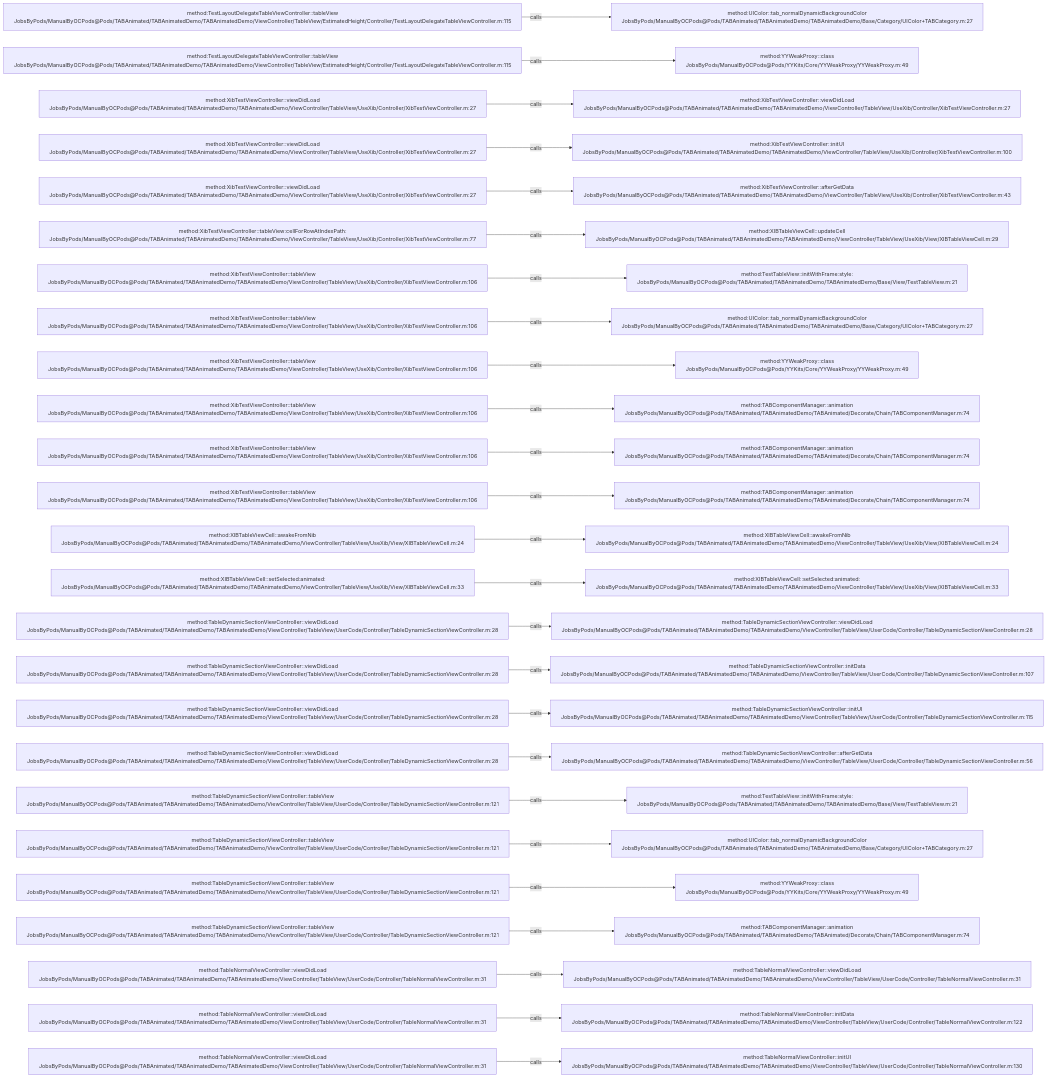
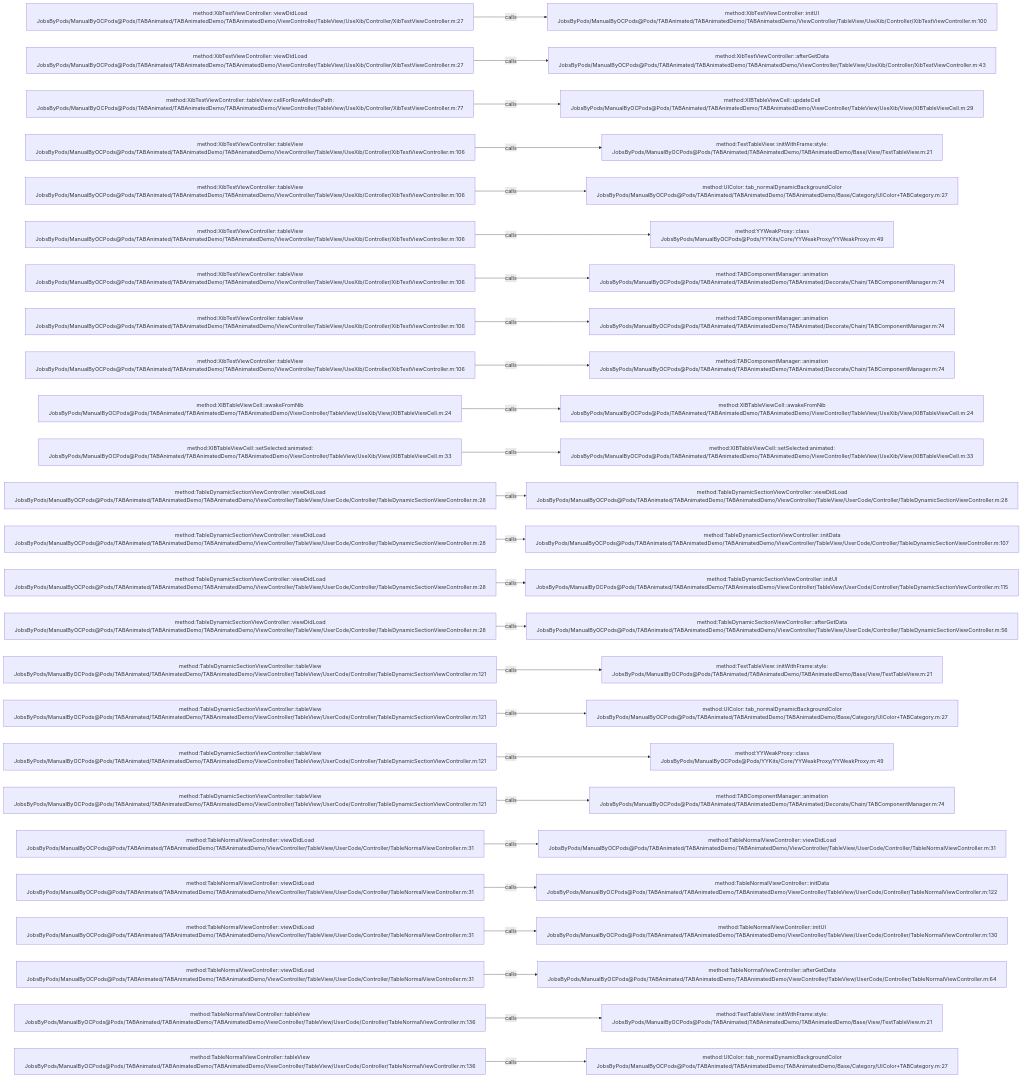
The diagram in .codegraph/codegraph.md/graphs/calls-066.md (JobsKits/JobsOCBaseConfigDemo), drawn with Mermaid before and after one commit. The commit also changed 342 other files, not shown here.

````diff
--- a/.codegraph/codegraph.md/graphs/calls-066.md
+++ b/.codegraph/codegraph.md/graphs/calls-066.md
@@ -13,78 +13,78 @@
 ```mermaid
 flowchart LR
-  S1["method:TestLayoutDelegateTableViewController::tableView<br/>JobsByPods/ManualByOCPods@Pods/TABAnimated/TABAnimatedDemo/TABAnimatedDemo/ViewController/TableView/EstimatedHeight/Controller/TestLayoutDelegateTableViewController.m:115"]
-  T1["method:UIColor::tab_normalDynamicBackgroundColor<br/>JobsByPods/ManualByOCPods@Pods/TABAnimated/TABAnimatedDemo/TABAnimatedDemo/Base/Category/UIColor+TABCategory.m:27"]
+  S1["method:XibTestViewController::viewDidLoad<br/>JobsByPods/ManualByOCPods@Pods/TABAnimated/TABAnimatedDemo/TABAnimatedDemo/ViewController/TableView/UseXib/Controller/XibTestViewController.m:27"]
+  T1["method:XibTestViewController::initUI<br/>JobsByPods/ManualByOCPods@Pods/TABAnimated/TABAnimatedDemo/TABAnimatedDemo/ViewController/TableView/UseXib/Controller/XibTestViewController.m:100"]
   S1 -->|calls| T1
-  S2["method:TestLayoutDelegateTableViewController::tableView<br/>JobsByPods/ManualByOCPods@Pods/TABAnimated/TABAnimatedDemo/TABAnimatedDemo/ViewController/TableView/EstimatedHeight/Controller/TestLayoutDelegateTableViewController.m:115"]
-  T2["method:YYWeakProxy::class<br/>JobsByPods/ManualByOCPods@Pods/YYKits/Core/YYWeakProxy/YYWeakProxy.m:49"]
+  S2["method:XibTestViewController::viewDidLoad<br/>JobsByPods/ManualByOCPods@Pods/TABAnimated/TABAnimatedDemo/TABAnimatedDemo/ViewController/TableView/UseXib/Controller/XibTestViewController.m:27"]
+  T2["method:XibTestViewController::afterGetData<br/>JobsByPods/ManualByOCPods@Pods/TABAnimated/TABAnimatedDemo/TABAnimatedDemo/ViewController/TableView/UseXib/Controller/XibTestViewController.m:43"]
   S2 -->|calls| T2
-  S3["method:XibTestViewController::viewDidLoad<br/>JobsByPods/ManualByOCPods@Pods/TABAnimated/TABAnimatedDemo/TABAnimatedDemo/ViewController/TableView/UseXib/Controller/XibTestViewController.m:27"]
-  T3["method:XibTestViewController::viewDidLoad<br/>JobsByPods/ManualByOCPods@Pods/TABAnimated/TABAnimatedDemo/TABAnimatedDemo/ViewController/TableView/UseXib/Controller/XibTestViewController.m:27"]
+  S3["method:XibTestViewController::tableView:cellForRowAtIndexPath:<br/>JobsByPods/ManualByOCPods@Pods/TABAnimated/TABAnimatedDemo/TABAnimatedDemo/ViewController/TableView/UseXib/Controller/XibTestViewController.m:77"]
+  T3["method:XIBTableViewCell::updateCell<br/>JobsByPods/ManualByOCPods@Pods/TABAnimated/TABAnimatedDemo/TABAnimatedDemo/ViewController/TableView/UseXib/View/XIBTableViewCell.m:29"]
   S3 -->|calls| T3
-  S4["method:XibTestViewController::viewDidLoad<br/>JobsByPods/ManualByOCPods@Pods/TABAnimated/TABAnimatedDemo/TABAnimatedDemo/ViewController/TableView/UseXib/Controller/XibTestViewController.m:27"]
-  T4["method:XibTestViewController::initUI<br/>JobsByPods/ManualByOCPods@Pods/TABAnimated/TABAnimatedDemo/TABAnimatedDemo/ViewController/TableView/UseXib/Controller/XibTestViewController.m:100"]
+  S4["method:XibTestViewController::tableView<br/>JobsByPods/ManualByOCPods@Pods/TABAnimated/TABAnimatedDemo/TABAnimatedDemo/ViewController/TableView/UseXib/Controller/XibTestViewController.m:106"]
+  T4["method:TestTableView::initWithFrame:style:<br/>JobsByPods/ManualByOCPods@Pods/TABAnimated/TABAnimatedDemo/TABAnimatedDemo/Base/View/TestTableView.m:21"]
   S4 -->|calls| T4
-  S5["method:XibTestViewController::viewDidLoad<br/>JobsByPods/ManualByOCPods@Pods/TABAnimated/TABAnimatedDemo/TABAnimatedDemo/ViewController/TableView/UseXib/Controller/XibTestViewController.m:27"]
-  T5["method:XibTestViewController::afterGetData<br/>JobsByPods/ManualByOCPods@Pods/TABAnimated/TABAnimatedDemo/TABAnimatedDemo/ViewController/TableView/UseXib/Controller/XibTestViewController.m:43"]
+  S5["method:XibTestViewController::tableView<br/>JobsByPods/ManualByOCPods@Pods/TABAnimated/TABAnimatedDemo/TABAnimatedDemo/ViewController/TableView/UseXib/Controller/XibTestViewController.m:106"]
+  T5["method:UIColor::tab_normalDynamicBackgroundColor<br/>JobsByPods/ManualByOCPods@Pods/TABAnimated/TABAnimatedDemo/TABAnimatedDemo/Base/Category/UIColor+TABCategory.m:27"]
   S5 -->|calls| T5
-  S6["method:XibTestViewController::tableView:cellForRowAtIndexPath:<br/>JobsByPods/ManualByOCPods@Pods/TABAnimated/TABAnimatedDemo/TABAnimatedDemo/ViewController/TableView/UseXib/Controller/XibTestViewController.m:77"]
-  T6["method:XIBTableViewCell::updateCell<br/>JobsByPods/ManualByOCPods@Pods/TABAnimated/TABAnimatedDemo/TABAnimatedDemo/ViewController/TableView/UseXib/View/XIBTableViewCell.m:29"]
+  S6["method:XibTestViewController::tableView<br/>JobsByPods/ManualByOCPods@Pods/TABAnimated/TABAnimatedDemo/TABAnimatedDemo/ViewController/TableView/UseXib/Controller/XibTestViewController.m:106"]
+  T6["method:YYWeakProxy::class<br/>JobsByPods/ManualByOCPods@Pods/YYKits/Core/YYWeakProxy/YYWeakProxy.m:49"]
   S6 -->|calls| T6
   S7["method:XibTestViewController::tableView<br/>JobsByPods/ManualByOCPods@Pods/TABAnimated/TABAnimatedDemo/TABAnimatedDemo/ViewController/TableView/UseXib/Controller/XibTestViewController.m:106"]
-  T7["method:TestTableView::initWithFrame:style:<br/>JobsByPods/ManualByOCPods@Pods/TABAnimated/TABAnimatedDemo/TABAnimatedDemo/Base/View/TestTableView.m:21"]
+  T7["method:TABComponentManager::animation<br/>JobsByPods/ManualByOCPods@Pods/TABAnimated/TABAnimatedDemo/TABAnimated/Decorate/Chain/TABComponentManager.m:74"]
   S7 -->|calls| T7
   S8["method:XibTestViewController::tableView<br/>JobsByPods/ManualByOCPods@Pods/TABAnimated/TABAnimatedDemo/TABAnimatedDemo/ViewController/TableView/UseXib/Controller/XibTestViewController.m:106"]
-  T8["method:UIColor::tab_normalDynamicBackgroundColor<br/>JobsByPods/ManualByOCPods@Pods/TABAnimated/TABAnimatedDemo/TABAnimatedDemo/Base/Category/UIColor+TABCategory.m:27"]
+  T8["method:TABComponentManager::animation<br/>JobsByPods/ManualByOCPods@Pods/TABAnimated/TABAnimatedDemo/TABAnimated/Decorate/Chain/TABComponentManager.m:74"]
   S8 -->|calls| T8
   S9["method:XibTestViewController::tableView<br/>JobsByPods/ManualByOCPods@Pods/TABAnimated/TABAnimatedDemo/TABAnimatedDemo/ViewController/TableView/UseXib/Controller/XibTestViewController.m:106"]
-  T9["method:YYWeakProxy::class<br/>JobsByPods/ManualByOCPods@Pods/YYKits/Core/YYWeakProxy/YYWeakProxy.m:49"]
+  T9["method:TABComponentManager::animation<br/>JobsByPods/ManualByOCPods@Pods/TABAnimated/TABAnimatedDemo/TABAnimated/Decorate/Chain/TABComponentManager.m:74"]
   S9 -->|calls| T9
-  S10["method:XibTestViewController::tableView<br/>JobsByPods/ManualByOCPods@Pods/TABAnimated/TABAnimatedDemo/TABAnimatedDemo/ViewController/TableView/UseXib/Controller/XibTestViewController.m:106"]
-  T10["method:TABComponentManager::animation<br/>JobsByPods/ManualByOCPods@Pods/TABAnimated/TABAnimatedDemo/TABAnimated/Decorate/Chain/TABComponentManager.m:74"]
+  S10["method:XIBTableViewCell::awakeFromNib<br/>JobsByPods/ManualByOCPods@Pods/TABAnimated/TABAnimatedDemo/TABAnimatedDemo/ViewController/TableView/UseXib/View/XIBTableViewCell.m:24"]
+  T10["method:XIBTableViewCell::awakeFromNib<br/>JobsByPods/ManualByOCPods@Pods/TABAnimated/TABAnimatedDemo/TABAnimatedDemo/ViewController/TableView/UseXib/View/XIBTableViewCell.m:24"]
   S10 -->|calls| T10
-  S11["method:XibTestViewController::tableView<br/>JobsByPods/ManualByOCPods@Pods/TABAnimated/TABAnimatedDemo/TABAnimatedDemo/ViewController/TableView/UseXib/Controller/XibTestViewController.m:106"]
-  T11["method:TABComponentManager::animation<br/>JobsByPods/ManualByOCPods@Pods/TABAnimated/TABAnimatedDemo/TABAnimated/Decorate/Chain/TABComponentManager.m:74"]
+  S11["method:XIBTableViewCell::setSelected:animated:<br/>JobsByPods/ManualByOCPods@Pods/TABAnimated/TABAnimatedDemo/TABAnimatedDemo/ViewController/TableView/UseXib/View/XIBTableViewCell.m:33"]
+  T11["method:XIBTableViewCell::setSelected:animated:<br/>JobsByPods/ManualByOCPods@Pods/TABAnimated/TABAnimatedDemo/TABAnimatedDemo/ViewController/TableView/UseXib/View/XIBTableViewCell.m:33"]
   S11 -->|calls| T11
-  S12["method:XibTestViewController::tableView<br/>JobsByPods/ManualByOCPods@Pods/TABAnimated/TABAnimatedDemo/TABAnimatedDemo/ViewController/TableView/UseXib/Controller/XibTestViewController.m:106"]
-  T12["method:TABComponentManager::animation<br/>JobsByPods/ManualByOCPods@Pods/TABAnimated/TABAnimatedDemo/TABAnimated/Decorate/Chain/TABComponentManager.m:74"]
+  S12["method:TableDynamicSectionViewController::viewDidLoad<br/>JobsByPods/ManualByOCPods@Pods/TABAnimated/TABAnimatedDemo/TABAnimatedDemo/ViewController/TableView/UserCode/Controller/TableDynamicSectionViewController.m:28"]
+  T12["method:TableDynamicSectionViewController::viewDidLoad<br/>JobsByPods/ManualByOCPods@Pods/TABAnimated/TABAnimatedDemo/TABAnimatedDemo/ViewController/TableView/UserCode/Controller/TableDynamicSectionViewController.m:28"]
   S12 -->|calls| T12
-  S13["method:XIBTableViewCell::awakeFromNib<br/>JobsByPods/ManualByOCPods@Pods/TABAnimated/TABAnimatedDemo/TABAnimatedDemo/ViewController/TableView/UseXib/View/XIBTableViewCell.m:24"]
-  T13["method:XIBTableViewCell::awakeFromNib<br/>JobsByPods/ManualByOCPods@Pods/TABAnimated/TABAnimatedDemo/TABAnimatedDemo/ViewController/TableView/UseXib/View/XIBTableViewCell.m:24"]
+  S13["method:TableDynamicSectionViewController::viewDidLoad<br/>JobsByPods/ManualByOCPods@Pods/TABAnimated/TABAnimatedDemo/TABAnimatedDemo/ViewController/TableView/UserCode/Controller/TableDynamicSectionViewController.m:28"]
+  T13["method:TableDynamicSectionViewController::initData<br/>JobsByPods/ManualByOCPods@Pods/TABAnimated/TABAnimatedDemo/TABAnimatedDemo/ViewController/TableView/UserCode/Controller/TableDynamicSectionViewController.m:107"]
   S13 -->|calls| T13
-  S14["method:XIBTableViewCell::setSelected:animated:<br/>JobsByPods/ManualByOCPods@Pods/TABAnimated/TABAnimatedDemo/TABAnimatedDemo/ViewController/TableView/UseXib/View/XIBTableViewCell.m:33"]
-  T14["method:XIBTableViewCell::setSelected:animated:<br/>JobsByPods/ManualByOCPods@Pods/TABAnimated/TABAnimatedDemo/TABAnimatedDemo/ViewController/TableView/UseXib/View/XIBTableViewCell.m:33"]
+  S14["method:TableDynamicSectionViewController::viewDidLoad<br/>JobsByPods/ManualByOCPods@Pods/TABAnimated/TABAnimatedDemo/TABAnimatedDemo/ViewController/TableView/UserCode/Controller/TableDynamicSectionViewController.m:28"]
+  T14["method:TableDynamicSectionViewController::initUI<br/>JobsByPods/ManualByOCPods@Pods/TABAnimated/TABAnimatedDemo/TABAnimatedDemo/ViewController/TableView/UserCode/Controller/TableDynamicSectionViewController.m:115"]
   S14 -->|calls| T14
   S15["method:TableDynamicSectionViewController::viewDidLoad<br/>JobsByPods/ManualByOCPods@Pods/TABAnimated/TABAnimatedDemo/TABAnimatedDemo/ViewController/TableView/UserCode/Controller/TableDynamicSectionViewController.m:28"]
-  T15["method:TableDynamicSectionViewController::viewDidLoad<br/>JobsByPods/ManualByOCPods@Pods/TABAnimated/TABAnimatedDemo/TABAnimatedDemo/ViewController/TableView/UserCode/Controller/TableDynamicSectionViewController.m:28"]
+  T15["method:TableDynamicSectionViewController::afterGetData<br/>JobsByPods/ManualByOCPods@Pods/TABAnimated/TABAnimatedDemo/TABAnimatedDemo/ViewController/TableView/UserCode/Controller/TableDynamicSectionViewController.m:56"]
   S15 -->|calls| T15
-  S16["method:TableDynamicSectionViewController::viewDidLoad<br/>JobsByPods/ManualByOCPods@Pods/TABAnimated/TABAnimatedDemo/TABAnimatedDemo/ViewController/TableView/UserCode/Controller/TableDynamicSectionViewController.m:28"]
-  T16["method:TableDynamicSectionViewController::initData<br/>JobsByPods/ManualByOCPods@Pods/TABAnimated/TABAnimatedDemo/TABAnimatedDemo/ViewController/TableView/UserCode/Controller/TableDynamicSectionViewController.m:107"]
+  S16["method:TableDynamicSectionViewController::tableView<br/>JobsByPods/ManualByOCPods@Pods/TABAnimated/TABAnimatedDemo/TABAnimatedDemo/ViewController/TableView/UserCode/Controller/TableDynamicSectionViewController.m:121"]
+  T16["method:TestTableView::initWithFrame:style:<br/>JobsByPods/ManualByOCPods@Pods/TABAnimated/TABAnimatedDemo/TABAnimatedDemo/Base/View/TestTableView.m:21"]
   S16 -->|calls| T16
-  S17["method:TableDynamicSectionViewController::viewDidLoad<br/>JobsByPods/ManualByOCPods@Pods/TABAnimated/TABAnimatedDemo/TABAnimatedDemo/ViewController/TableView/UserCode/Controller/TableDynamicSectionViewController.m:28"]
-  T17["method:TableDynamicSectionViewController::initUI<br/>JobsByPods/ManualByOCPods@Pods/TABAnimated/TABAnimatedDemo/TABAnimatedDemo/ViewController/TableView/UserCode/Controller/TableDynamicSectionViewController.m:115"]
+  S17["method:TableDynamicSectionViewController::tableView<br/>JobsByPods/ManualByOCPods@Pods/TABAnimated/TABAnimatedDemo/TABAnimatedDemo/ViewController/TableView/UserCode/Controller/TableDynamicSectionViewController.m:121"]
+  T17["method:UIColor::tab_normalDynamicBackgroundColor<br/>JobsByPods/ManualByOCPods@Pods/TABAnimated/TABAnimatedDemo/TABAnimatedDemo/Base/Category/UIColor+TABCategory.m:27"]
   S17 -->|calls| T17
-  S18["method:TableDynamicSectionViewController::viewDidLoad<br/>JobsByPods/ManualByOCPods@Pods/TABAnimated/TABAnimatedDemo/TABAnimatedDemo/ViewController/TableView/UserCode/Controller/TableDynamicSectionViewController.m:28"]
-  T18["method:TableDynamicSectionViewController::afterGetData<br/>JobsByPods/ManualByOCPods@Pods/TABAnimated/TABAnimatedDemo/TABAnimatedDemo/ViewController/TableView/UserCode/Controller/TableDynamicSectionViewController.m:56"]
+  S18["method:TableDynamicSectionViewController::tableView<br/>JobsByPods/ManualByOCPods@Pods/TABAnimated/TABAnimatedDemo/TABAnimatedDemo/ViewController/TableView/UserCode/Controller/TableDynamicSectionViewController.m:121"]
+  T18["method:YYWeakProxy::class<br/>JobsByPods/ManualByOCPods@Pods/YYKits/Core/YYWeakProxy/YYWeakProxy.m:49"]
   S18 -->|calls| T18
   S19["method:TableDynamicSectionViewController::tableView<br/>JobsByPods/ManualByOCPods@Pods/TABAnimated/TABAnimatedDemo/TABAnimatedDemo/ViewController/TableView/UserCode/Controller/TableDynamicSectionViewController.m:121"]
-  T19["method:TestTableView::initWithFrame:style:<br/>JobsByPods/ManualByOCPods@Pods/TABAnimated/TABAnimatedDemo/TABAnimatedDemo/Base/View/TestTableView.m:21"]
+  T19["method:TABComponentManager::animation<br/>JobsByPods/ManualByOCPods@Pods/TABAnimated/TABAnimatedDemo/TABAnimated/Decorate/Chain/TABComponentManager.m:74"]
   S19 -->|calls| T19
-  S20["method:TableDynamicSectionViewController::tableView<br/>JobsByPods/ManualByOCPods@Pods/TABAnimated/TABAnimatedDemo/TABAnimatedDemo/ViewController/TableView/UserCode/Controller/TableDynamicSectionViewController.m:121"]
-  T20["method:UIColor::tab_normalDynamicBackgroundColor<br/>JobsByPods/ManualByOCPods@Pods/TABAnimated/TABAnimatedDemo/TABAnimatedDemo/Base/Category/UIColor+TABCategory.m:27"]
+  S20["method:TableNormalViewController::viewDidLoad<br/>JobsByPods/ManualByOCPods@Pods/TABAnimated/TABAnimatedDemo/TABAnimatedDemo/ViewController/TableView/UserCode/Controller/TableNormalViewController.m:31"]
+  T20["method:TableNormalViewController::viewDidLoad<br/>JobsByPods/ManualByOCPods@Pods/TABAnimated/TABAnimatedDemo/TABAnimatedDemo/ViewController/TableView/UserCode/Controller/TableNormalViewController.m:31"]
   S20 -->|calls| T20
-  S21["method:TableDynamicSectionViewController::tableView<br/>JobsByPods/ManualByOCPods@Pods/TABAnimated/TABAnimatedDemo/TABAnimatedDemo/ViewController/TableView/UserCode/Controller/TableDynamicSectionViewController.m:121"]
-  T21["method:YYWeakProxy::class<br/>JobsByPods/ManualByOCPods@Pods/YYKits/Core/YYWeakProxy/YYWeakProxy.m:49"]
+  S21["method:TableNormalViewController::viewDidLoad<br/>JobsByPods/ManualByOCPods@Pods/TABAnimated/TABAnimatedDemo/TABAnimatedDemo/ViewController/TableView/UserCode/Controller/TableNormalViewController.m:31"]
+  T21["method:TableNormalViewController::initData<br/>JobsByPods/ManualByOCPods@Pods/TABAnimated/TABAnimatedDemo/TABAnimatedDemo/ViewController/TableView/UserCode/Controller/TableNormalViewController.m:122"]
   S21 -->|calls| T21
-  S22["method:TableDynamicSectionViewController::tableView<br/>JobsByPods/ManualByOCPods@Pods/TABAnimated/TABAnimatedDemo/TABAnimatedDemo/ViewController/TableView/UserCode/Controller/TableDynamicSectionViewController.m:121"]
-  T22["method:TABComponentManager::animation<br/>JobsByPods/ManualByOCPods@Pods/TABAnimated/TABAnimatedDemo/TABAnimated/Decorate/Chain/TABComponentManager.m:74"]
+  S22["method:TableNormalViewController::viewDidLoad<br/>JobsByPods/ManualByOCPods@Pods/TABAnimated/TABAnimatedDemo/TABAnimatedDemo/ViewController/TableView/UserCode/Controller/TableNormalViewController.m:31"]
+  T22["method:TableNormalViewController::initUI<br/>JobsByPods/ManualByOCPods@Pods/TABAnimated/TABAnimatedDemo/TABAnimatedDemo/ViewController/TableView/UserCode/Controller/TableNormalViewController.m:130"]
   S22 -->|calls| T22
   S23["method:TableNormalViewController::viewDidLoad<br/>JobsByPods/ManualByOCPods@Pods/TABAnimated/TABAnimatedDemo/TABAnimatedDemo/ViewController/TableView/UserCode/Controller/TableNormalViewController.m:31"]
-  T23["method:TableNormalViewController::viewDidLoad<br/>JobsByPods/ManualByOCPods@Pods/TABAnimated/TABAnimatedDemo/TABAnimatedDemo/ViewController/TableView/UserCode/Controller/TableNormalViewController.m:31"]
+  T23["method:TableNormalViewController::afterGetData<br/>JobsByPods/ManualByOCPods@Pods/TABAnimated/TABAnimatedDemo/TABAnimatedDemo/ViewController/TableView/UserCode/Controller/TableNormalViewController.m:64"]
   S23 -->|calls| T23
-  S24["method:TableNormalViewController::viewDidLoad<br/>JobsByPods/ManualByOCPods@Pods/TABAnimated/TABAnimatedDemo/TABAnimatedDemo/ViewController/TableView/UserCode/Controller/TableNormalViewController.m:31"]
-  T24["method:TableNormalViewController::initData<br/>JobsByPods/ManualByOCPods@Pods/TABAnimated/TABAnimatedDemo/TABAnimatedDemo/ViewController/TableView/UserCode/Controller/TableNormalViewController.m:122"]
+  S24["method:TableNormalViewController::tableView<br/>JobsByPods/ManualByOCPods@Pods/TABAnimated/TABAnimatedDemo/TABAnimatedDemo/ViewController/TableView/UserCode/Controller/TableNormalViewController.m:136"]
+  T24["method:TestTableView::initWithFrame:style:<br/>JobsByPods/ManualByOCPods@Pods/TABAnimated/TABAnimatedDemo/TABAnimatedDemo/Base/View/TestTableView.m:21"]
   S24 -->|calls| T24
-  S25["method:TableNormalViewController::viewDidLoad<br/>JobsByPods/ManualByOCPods@Pods/TABAnimated/TABAnimatedDemo/TABAnimatedDemo/ViewController/TableView/UserCode/Controller/TableNormalViewController.m:31"]
-  T25["method:TableNormalViewController::initUI<br/>JobsByPods/ManualByOCPods@Pods/TABAnimated/TABAnimatedDemo/TABAnimatedDemo/ViewController/TableView/UserCode/Controller/TableNormalViewController.m:130"]
+  S25["method:TableNormalViewController::tableView<br/>JobsByPods/ManualByOCPods@Pods/TABAnimated/TABAnimatedDemo/TABAnimatedDemo/ViewController/TableView/UserCode/Controller/TableNormalViewController.m:136"]
+  T25["method:UIColor::tab_normalDynamicBackgroundColor<br/>JobsByPods/ManualByOCPods@Pods/TABAnimated/TABAnimatedDemo/TABAnimatedDemo/Base/Category/UIColor+TABCategory.m:27"]
   S25 -->|calls| T25
 ```
````
